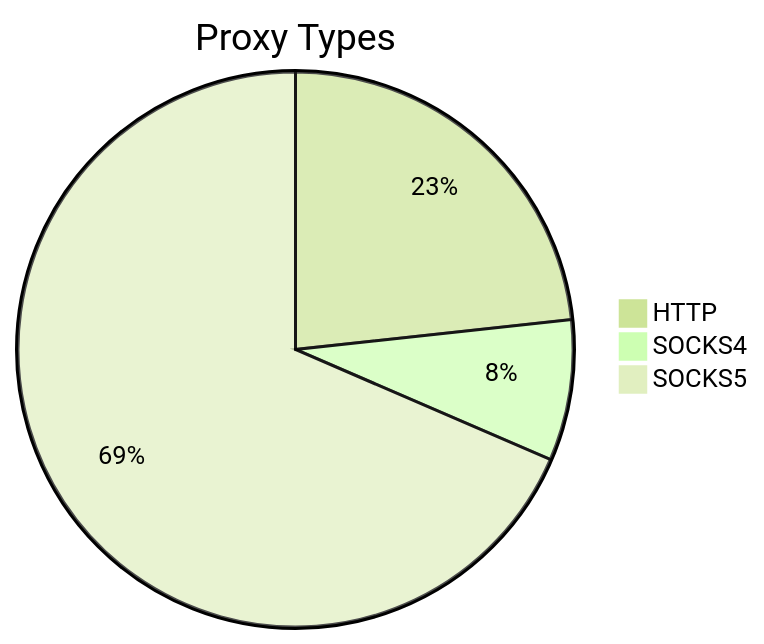
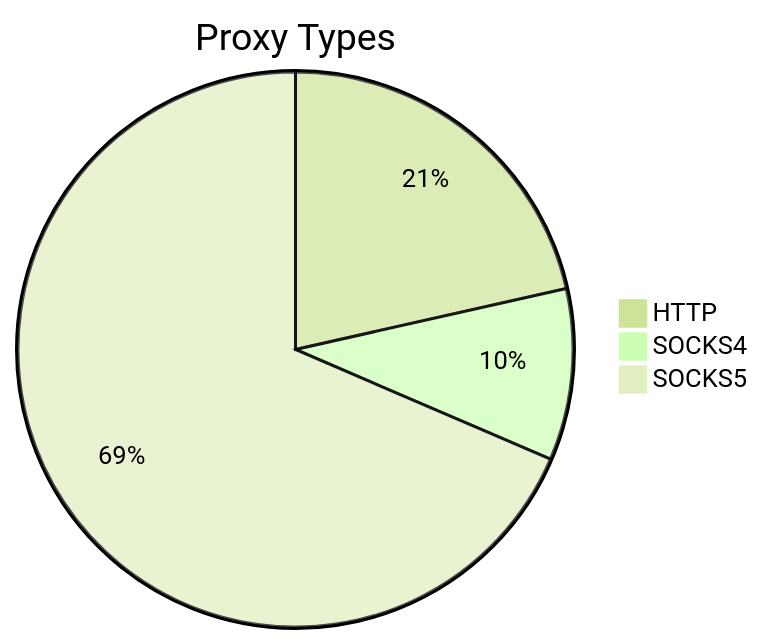
Before and after one commit to stormsia/proxy-list: the first of 2 diagrams in README.md, drawn with Mermaid (forest theme). The commit also changed other lines of this file, not shown here.

````diff
--- a/README.md
+++ b/README.md
@@ -21,6 +21,6 @@
 ```mermaid
 pie title Proxy Types
-    "HTTP" : 105
-    "SOCKS4" : 37
-    "SOCKS5" : 309
+    "HTTP" : 157
+    "SOCKS4" : 73
+    "SOCKS5" : 501
 ```
````
